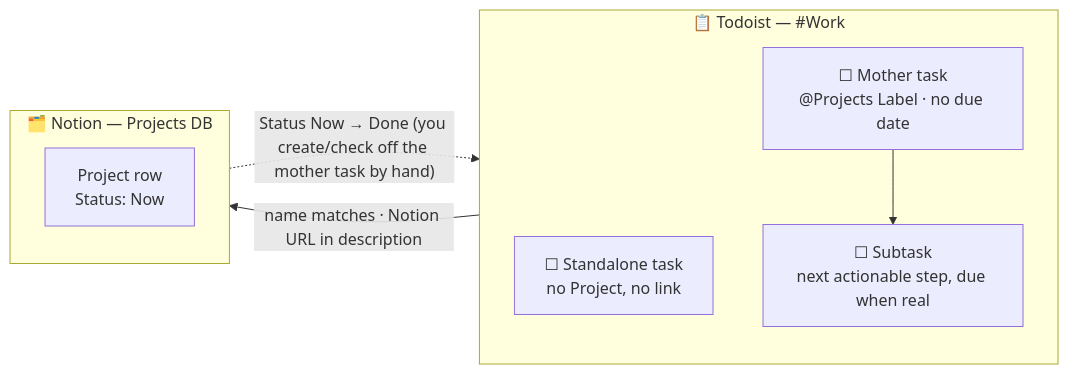
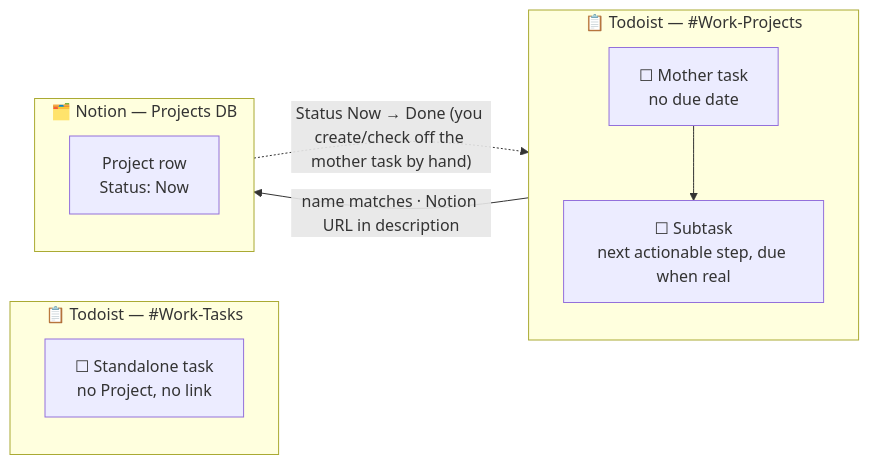
The third of 11 diagrams in workflow/personal_productivity_system.md (dcop7/tips_and_guides), drawn with Mermaid before and after one commit. The commit also changed other lines of this file, not shown here.

````diff
--- a/workflow/personal_productivity_system.md
+++ b/workflow/personal_productivity_system.md
@@ -144,16 +146,18 @@
 ```mermaid
 flowchart LR
-    subgraph Todoist["📋 Todoist — #Work"]
+    subgraph WorkTasks["📋 Todoist — #Work-Tasks"]
+        Standalone["☐ Standalone task<br/>no Project, no link"]
+    end
+    subgraph WorkProjects["📋 Todoist — #Work-Projects"]
         direction TB
-        Standalone["☐ Standalone task<br/>no Project, no link"]
-        Mother["☐ Mother task<br/>@Projects Label · no due date"]
+        Mother["☐ Mother task<br/>no due date"]
         Sub["☐ Subtask<br/>next actionable step, due when real"]
         Mother --> Sub
     end
     subgraph NotionDB["🗂️ Notion — Projects DB"]
         direction TB
         Row["Project row<br/>Status: Now"]
     end
     Mother -->|"name matches · Notion URL in description"| Row
     Row -.->|"Status Now → Done (you create/check off the mother task by hand)"| Mother
 ```
````
